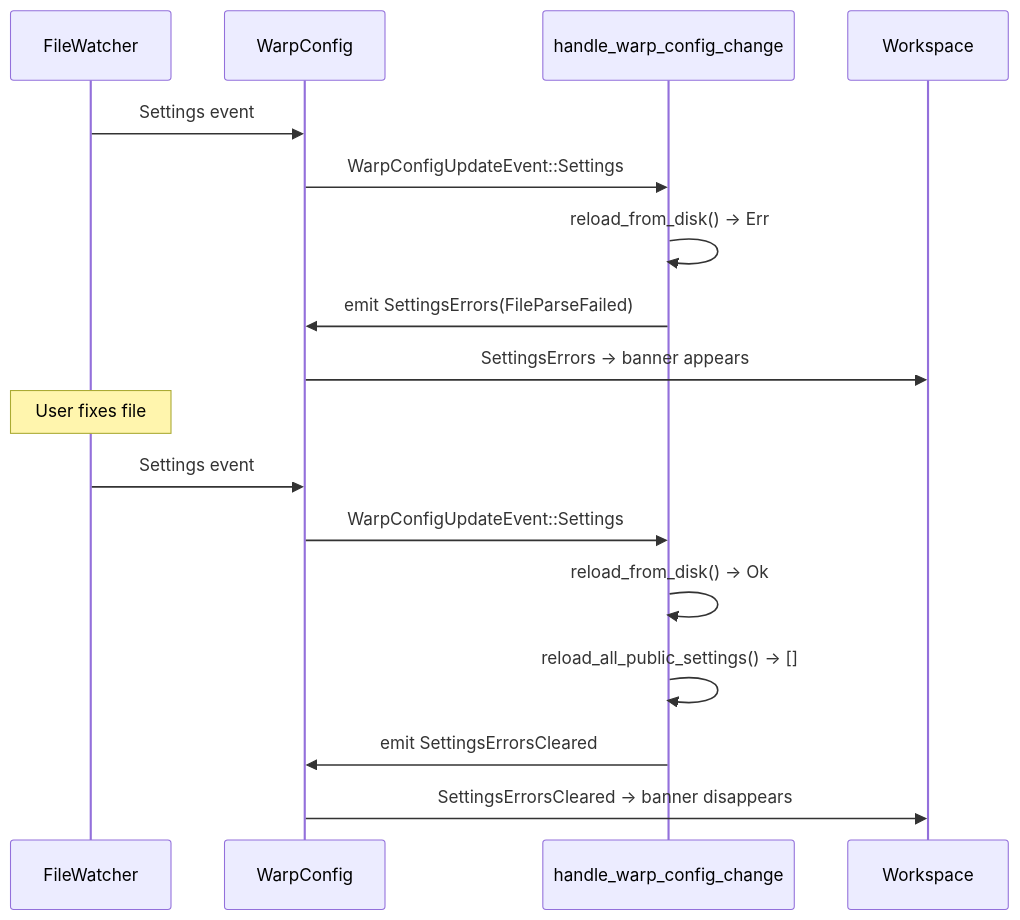
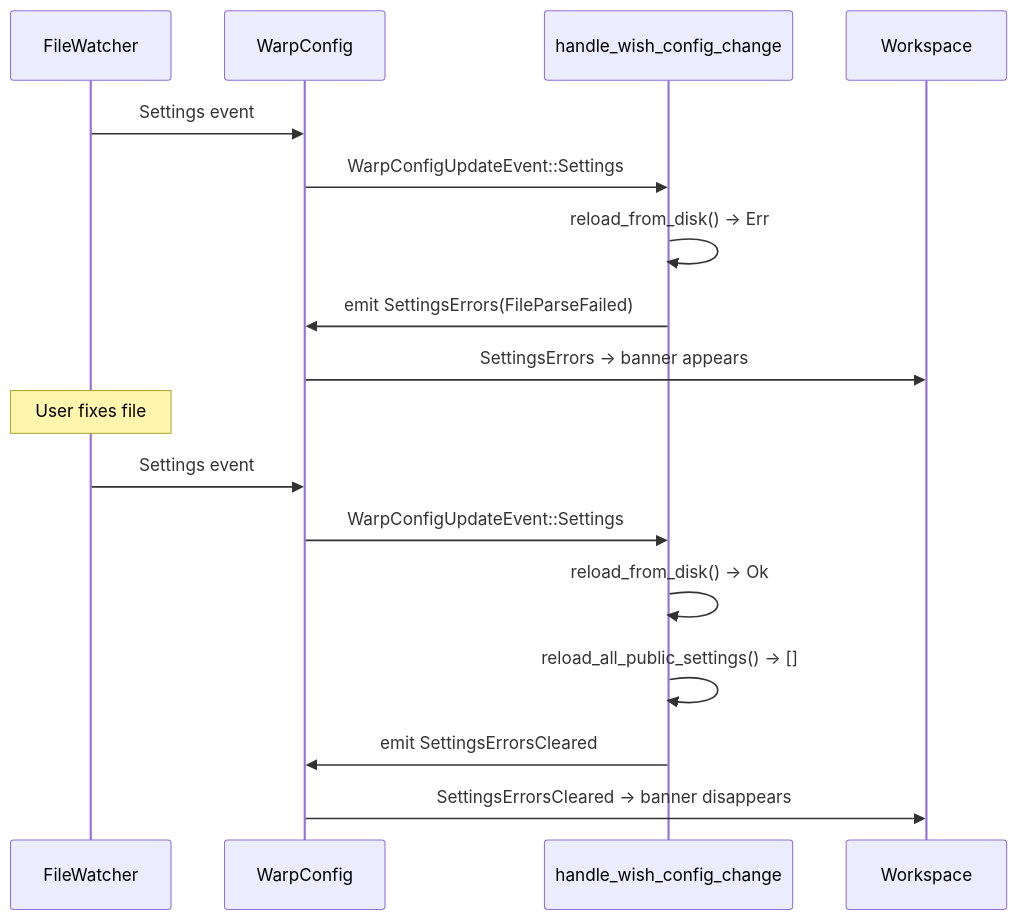
Before and after one commit to hermonai/wish: the second of 2 diagrams in specs/danielpeng/QUALITY-429/TECH.md, drawn with Mermaid. The commit also changed other lines of this file and 417 other files, not shown here.

````diff
--- a/specs/danielpeng/QUALITY-429/TECH.md
+++ b/specs/danielpeng/QUALITY-429/TECH.md
@@ -106,21 +106,21 @@
 ```mermaid
 sequenceDiagram
     participant FileWatcher
     participant WarpConfig
-    participant Handler as handle_warp_config_change
+    participant Handler as handle_wish_config_change
     participant Workspace
 
     FileWatcher->>WarpConfig: Settings event
     WarpConfig->>Handler: WarpConfigUpdateEvent::Settings
     Handler->>Handler: reload_from_disk() → Err
     Handler->>WarpConfig: emit SettingsErrors(FileParseFailed)
     WarpConfig->>Workspace: SettingsErrors → banner appears
 
     Note over FileWatcher: User fixes file
     FileWatcher->>WarpConfig: Settings event
     WarpConfig->>Handler: WarpConfigUpdateEvent::Settings
     Handler->>Handler: reload_from_disk() → Ok
     Handler->>Handler: reload_all_public_settings() → []
     Handler->>WarpConfig: emit SettingsErrorsCleared
     WarpConfig->>Workspace: SettingsErrorsCleared → banner disappears
 ```
````
